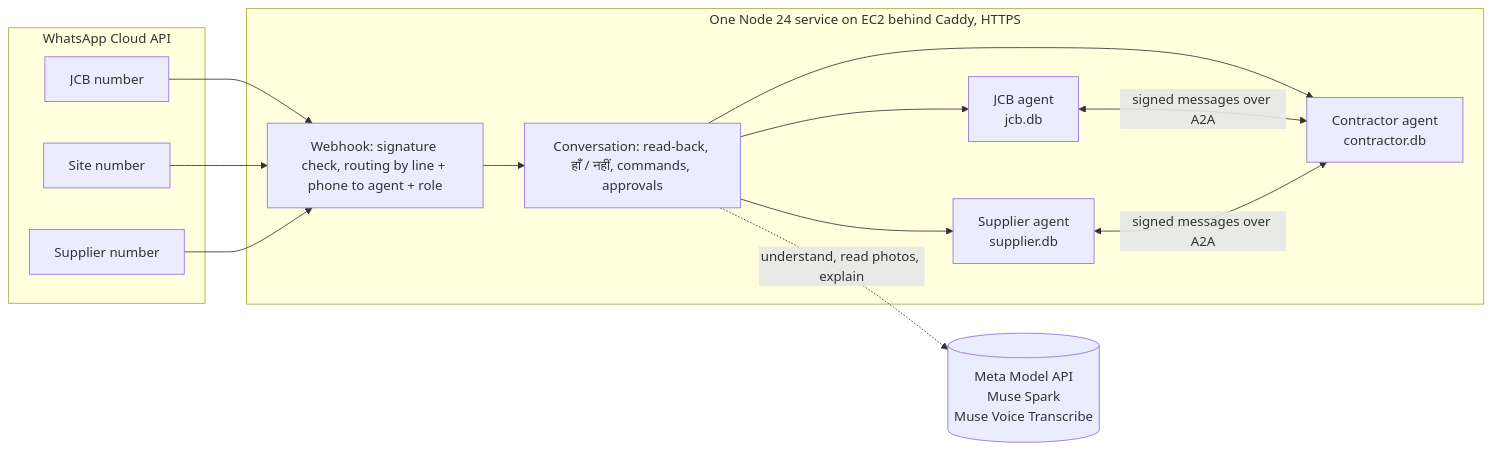
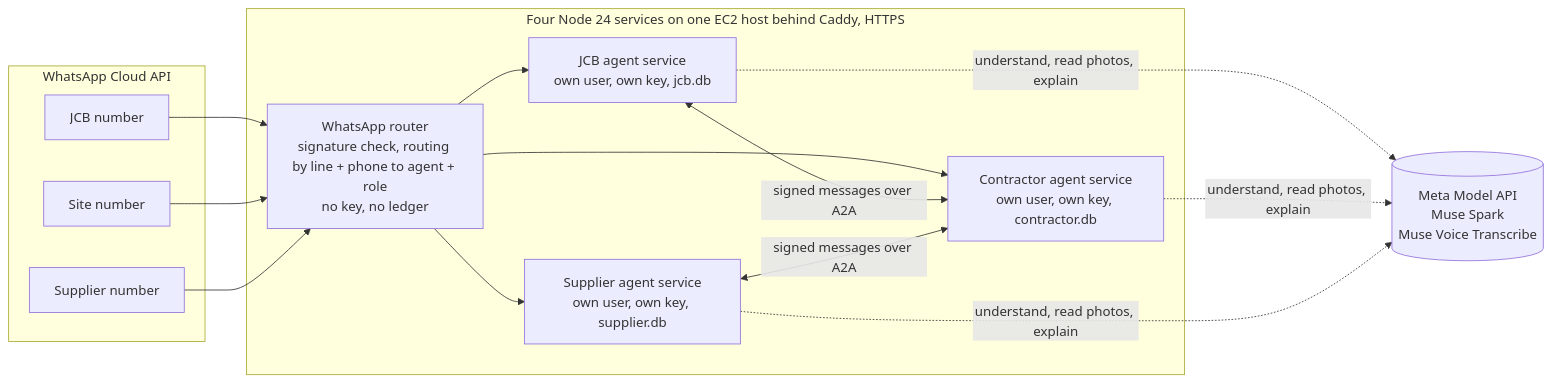
Before and after one commit to ajnasa2285/hisaab-bridge: the diagram in README.md, drawn with Mermaid. The commit also changed other lines of this file, not shown here.

Commit message:
README: J-4 and J-7 were real jobs; separate services and reply buttons live

````diff
--- a/README.md
+++ b/README.md
@@ -44,21 +44,20 @@
 ```mermaid
 flowchart LR
   subgraph WA[WhatsApp Cloud API]
     L1[JCB number]
     L2[Site number]
     L3[Supplier number]
   end
-  subgraph Server[One Node 24 service on EC2 behind Caddy, HTTPS]
-    R[Webhook: signature check, routing by line + phone to agent + role]
-    C[Conversation: read-back, हाँ / नहीं, commands, approvals]
-    J[JCB agent<br/>jcb.db]
-    S[Contractor agent<br/>contractor.db]
-    P[Supplier agent<br/>supplier.db]
+  subgraph Server[Four Node 24 services on one EC2 host behind Caddy, HTTPS]
+    R[WhatsApp router<br/>signature check, routing by line + phone to agent + role<br/>no key, no ledger]
+    J[JCB agent service<br/>own user, own key, jcb.db]
+    S[Contractor agent service<br/>own user, own key, contractor.db]
+    P[Supplier agent service<br/>own user, own key, supplier.db]
   end
   M[(Meta Model API<br/>Muse Spark<br/>Muse Voice Transcribe)]
-  L1 & L2 & L3 --> R --> C
-  C --> J & S & P
+  L1 & L2 & L3 --> R
+  R --> J & S & P
   J <-- "signed messages over A2A" --> S
   P <-- "signed messages over A2A" --> S
-  C -. "understand, read photos, explain" .-> M
+  J & S & P -. "understand, read photos, explain" .-> M
 ```
````
